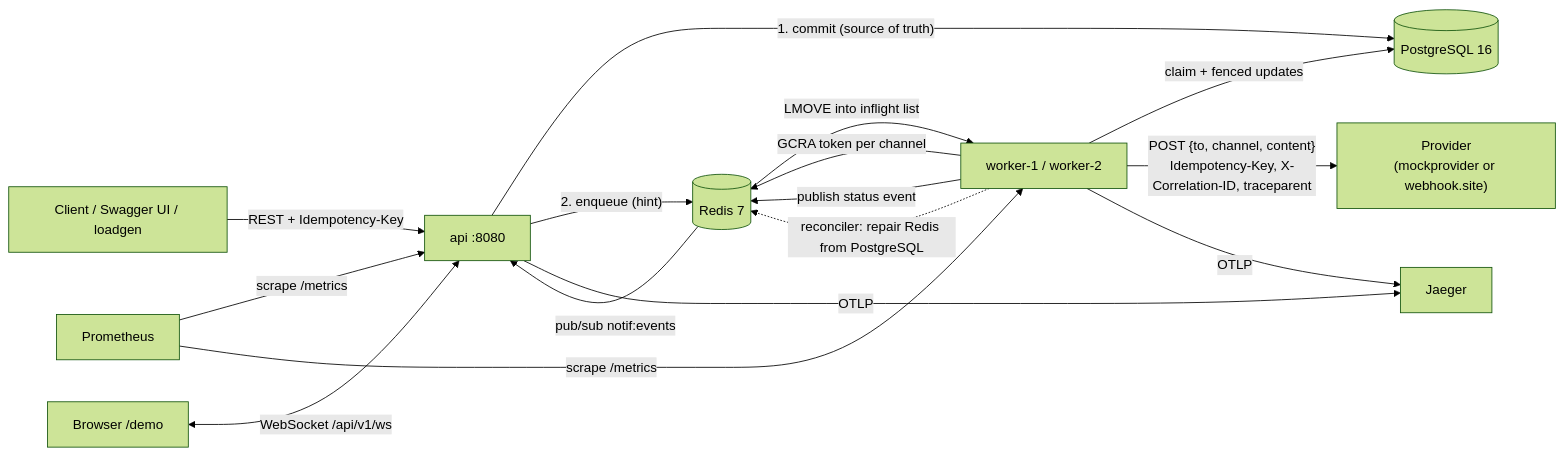
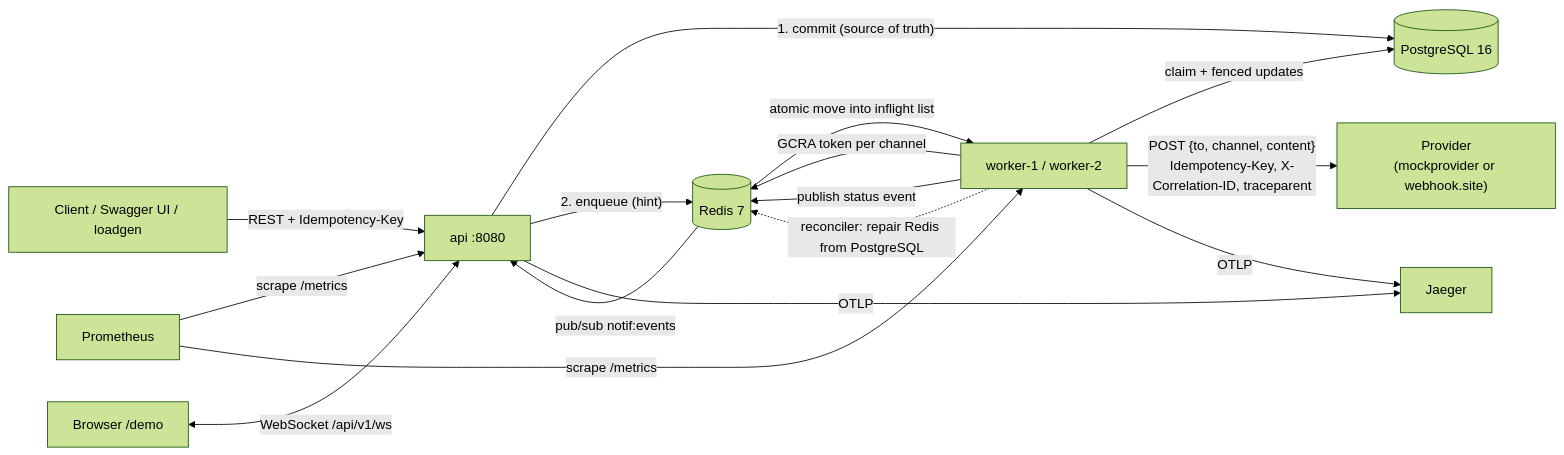
One commit to TITANBGG/Event_Driven_Notification_System changed the first of 3 diagrams in README.md. Above: the diagram before and after it, drawn with Mermaid (forest theme). The commit also changed other lines of this file and 4 other files, not shown here.

````diff
--- a/README.md
+++ b/README.md
@@ -64,16 +64,16 @@
 ```mermaid
 flowchart LR
     Client["Client / Swagger UI / loadgen"] -->|"REST + Idempotency-Key"| API["api :8080"]
     Browser["Browser /demo"] <-->|"WebSocket /api/v1/ws"| API
     API -->|"1. commit (source of truth)"| PG[("PostgreSQL 16")]
     API -->|"2. enqueue (hint)"| R[("Redis 7")]
-    R -->|"LMOVE into inflight list"| W["worker-1 / worker-2"]
+    R -->|"atomic move into inflight list"| W["worker-1 / worker-2"]
     W -->|"GCRA token per channel"| R
     W -->|"claim + fenced updates"| PG
     W -->|"POST {to, channel, content}<br/>Idempotency-Key, X-Correlation-ID, traceparent"| P["Provider<br/>(mockprovider or webhook.site)"]
     W -->|"publish status event"| R
     R -->|"pub/sub notif:events"| API
     W -. "reconciler: repair Redis from PostgreSQL" .-> R
     API & W -->|"OTLP"| J["Jaeger"]
     Prom["Prometheus"] -->|"scrape /metrics"| API & W
 ```
````
